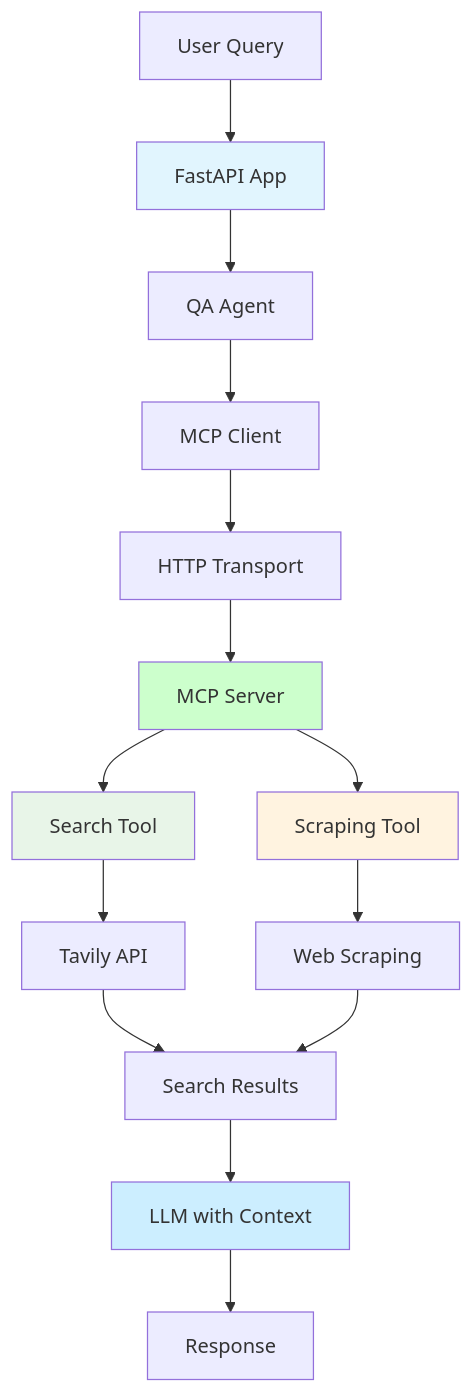
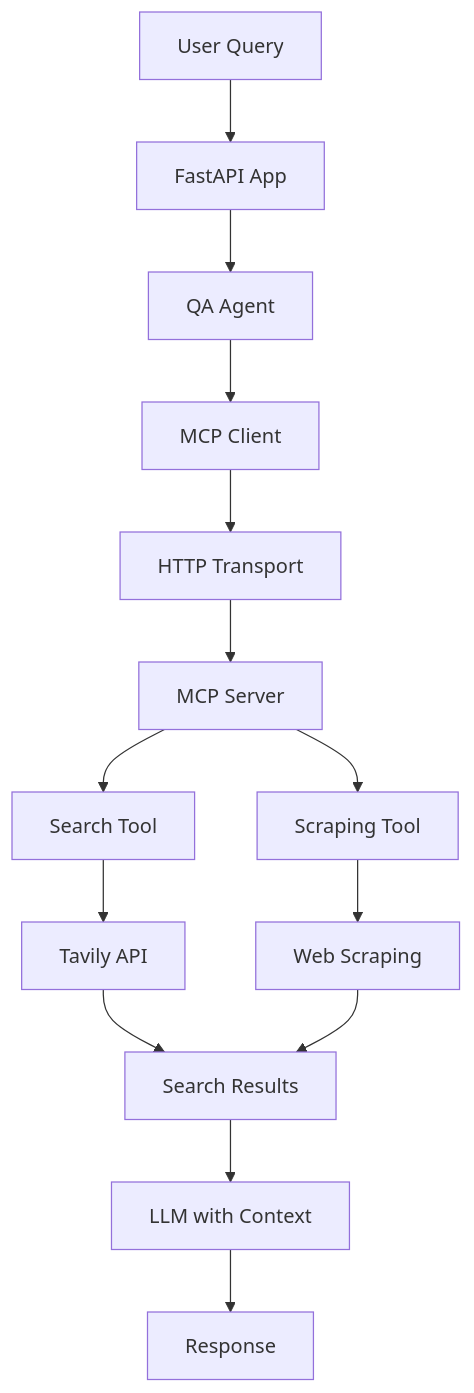
The second of 3 diagrams in README.md (javiramos1/qagent-mcp), drawn with Mermaid before and after one commit. The commit also changed other lines of this file, not shown here.

````diff
--- a/README.md
+++ b/README.md
@@ -245,22 +307,16 @@
 ```mermaid
 graph TD
     A[User Query] --> B[FastAPI App]
     B --> C[QA Agent]
     C --> D[MCP Client]
     D --> E[HTTP Transport]
     E --> F[MCP Server]
     F --> G[Search Tool]
     F --> H[Scraping Tool]
     G --> I[Tavily API]
     H --> J[Web Scraping]
     I --> K[Search Results]
     J --> K
     K --> L[LLM with Context]
     L --> M[Response]
-    
-    style B fill:#e1f5fe
-    style F fill:#ccffcc
-    style G fill:#e8f5e8
-    style H fill:#fff3e0
-    style L fill:#cceeff
 ```
````
